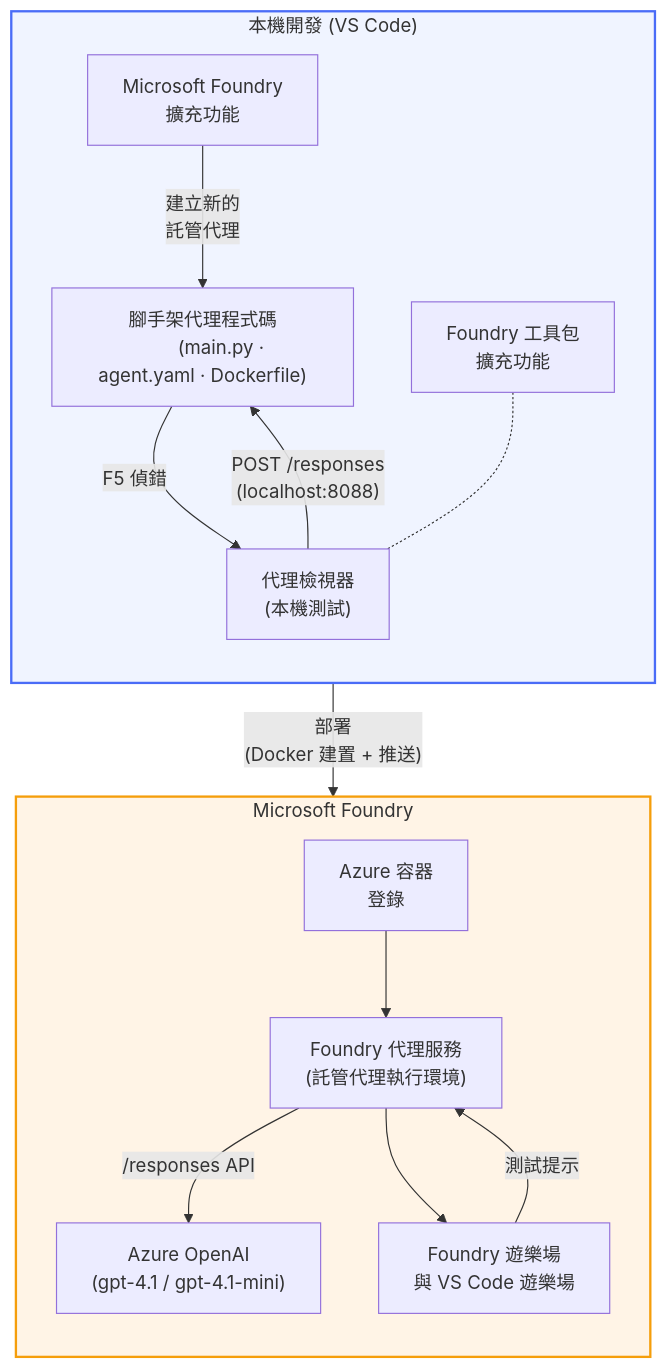
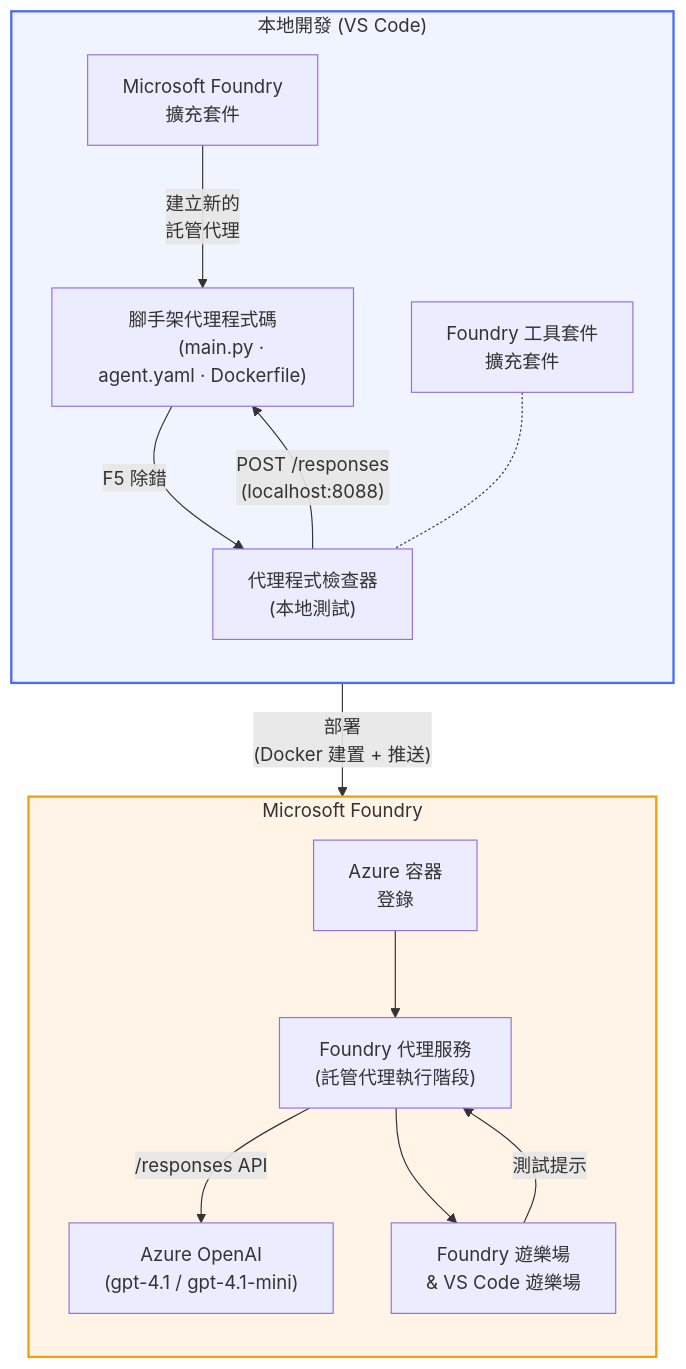
The diagram in translations/zh-TW/README.md (microsoft-foundry/Foundry_Toolkit_for_VSCode_Lab), drawn with Mermaid before and after one commit. The commit also changed other lines of this file and 110 other files, not shown here.

````diff
--- a/translations/zh-TW/README.md
+++ b/translations/zh-TW/README.md
@@ -48,42 +52,42 @@
 ```mermaid
 flowchart TB
-    subgraph Local["本機開發 (VS Code)"]
+    subgraph Local["本地開發 (VS Code)"]
         direction TB
         FE["Microsoft Foundry
-        擴充功能"]
-        FoundryToolkit["Foundry 工具包
-        擴充功能"]
+        擴充套件"]
+        FoundryToolkit["Foundry 工具套件
+        擴充套件"]
         Scaffold["腳手架代理程式碼
         (main.py · agent.yaml · Dockerfile)"]
-        Inspector["代理檢視器
-        (本機測試)"]
+        Inspector["代理程式檢查器
+        (本地測試)"]
         FE -- "建立新的
         託管代理" --> Scaffold
-        Scaffold -- "F5 偵錯" --> Inspector
+        Scaffold -- "F5 除錯" --> Inspector
         FoundryToolkit -.- Inspector
     end
 
     subgraph Cloud["Microsoft Foundry"]
         direction TB
         ACR["Azure 容器
         登錄"]
         AgentService["Foundry 代理服務
-        (託管代理執行環境)"]
+        (託管代理執行階段)"]
         Model["Azure OpenAI
         (gpt-4.1 / gpt-4.1-mini)"]
         Playground["Foundry 遊樂場
-        與 VS Code 遊樂場"]
+        & VS Code 遊樂場"]
         ACR --> AgentService
         AgentService -- "/responses API" --> Model
         AgentService --> Playground
     end
 
     Scaffold -- "部署
     (Docker 建置 + 推送)" --> ACR
     Inspector -- "POST /responses
     (localhost:8088)" --> Scaffold
     Playground -- "測試提示" --> AgentService
 
     style Local fill:#f0f4ff,stroke:#4a6cf7,stroke-width:2px
     style Cloud fill:#fff4e6,stroke:#f59e0b,stroke-width:2px
 ```
````
